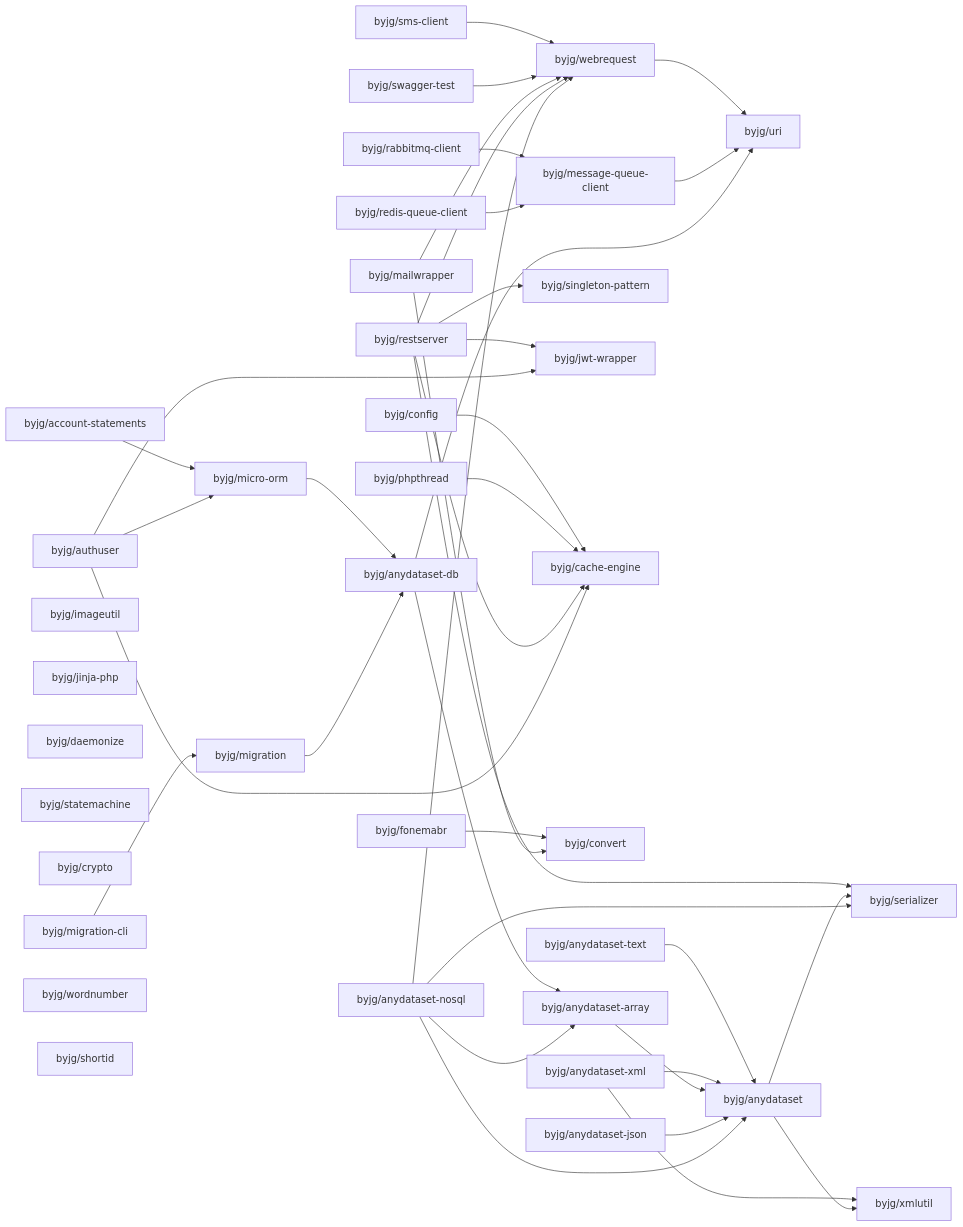
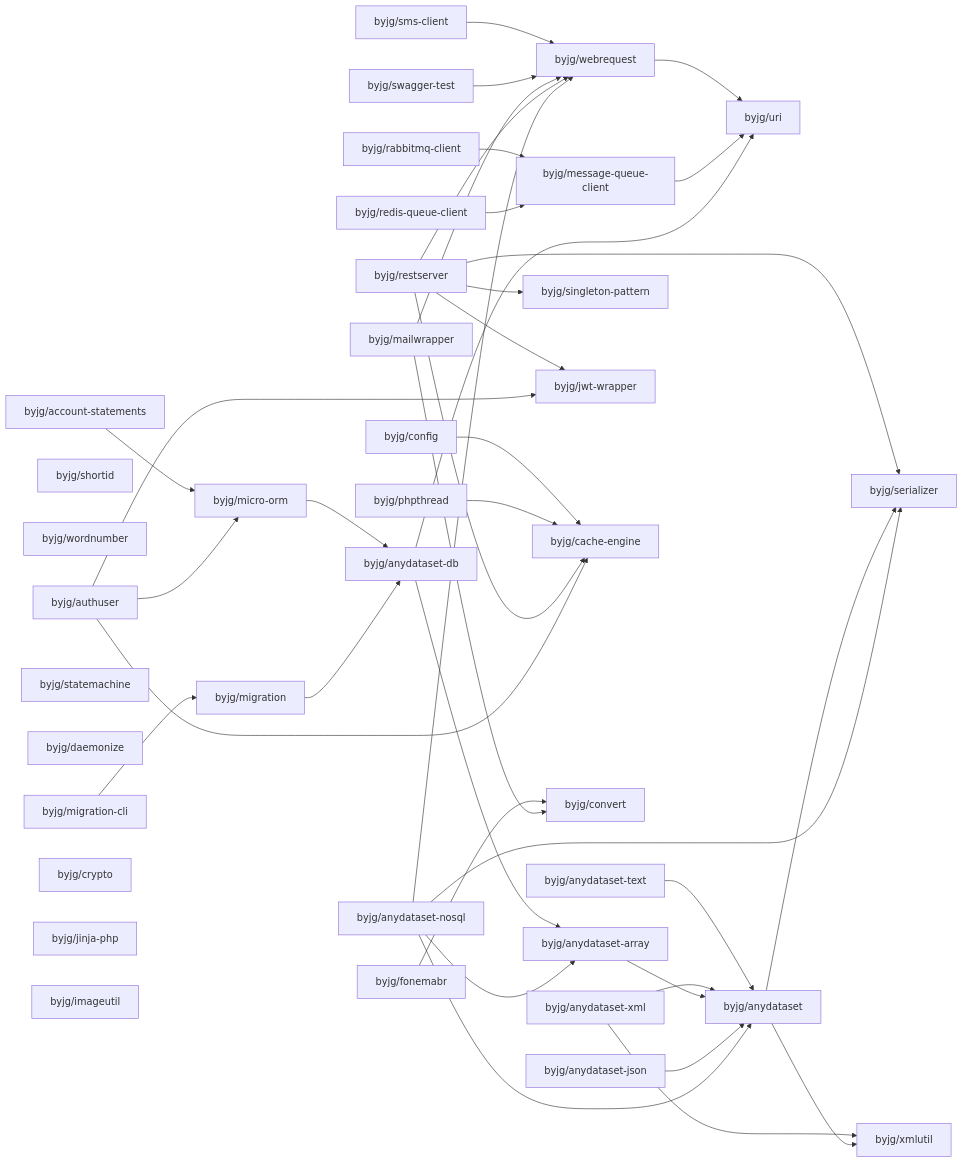
One commit to byjg/byjg.github.io changed the diagram in php/README.md. Above: the diagram before and after it, drawn with Mermaid. The commit also changed other lines of this file and 2 other files, not shown here.

Commit message:
Update documentation 'php' 'php-config'

````diff
--- a/php/README.md
+++ b/php/README.md
@@ -3,76 +3,76 @@
 ```mermaid
 graph LR;
+  byjg/fonemabr;
+  byjg/sms-client;
+  byjg/authuser;
+  byjg/redis-queue-client;
+  byjg/shortid;
   byjg/config;
+  byjg/rabbitmq-client;
+  byjg/restserver;
+  byjg/wordnumber;
+  byjg/account-statements;
+  byjg/statemachine;
+  byjg/anydataset-xml;
+  byjg/anydataset-nosql;
   byjg/anydataset-text;
-  byjg/authuser;
-  byjg/anydataset-xml;
+  byjg/phpthread;
+  byjg/swagger-test;
+  byjg/anydataset-json;
+  byjg/daemonize;
   byjg/migration-cli;
+  byjg/crypto;
+  byjg/jinja-php;
+  byjg/imageutil;
   byjg/mailwrapper;
-  byjg/sms-client;
-  byjg/anydataset-json;
-  byjg/imageutil;
-  byjg/jinja-php;
-  byjg/redis-queue-client;
-  byjg/daemonize;
-  byjg/statemachine;
-  byjg/restserver;
-  byjg/crypto;
-  byjg/account-statements;
-  byjg/phpthread;
-  byjg/wordnumber;
-  byjg/fonemabr;
-  byjg/rabbitmq-client;
-  byjg/shortid;
-  byjg/anydataset-nosql;
-  byjg/swagger-test;
-  byjg/migration;
+  byjg/message-queue-client;
   byjg/singleton-pattern;
   byjg/jwt-wrapper;
   byjg/micro-orm;
   byjg/cache-engine;
+  byjg/migration;
   byjg/convert;
-  byjg/message-queue-client;
   byjg/webrequest;
   byjg/anydataset-db;
   byjg/anydataset-array;
   byjg/uri;
   byjg/anydataset;
   byjg/serializer;
   byjg/xmlutil;
   byjg/sms-client --> byjg/webrequest;
   byjg/fonemabr --> byjg/convert;
   byjg/config --> byjg/cache-engine;
   byjg/anydataset-text --> byjg/anydataset;
   byjg/webrequest --> byjg/uri;
   byjg/account-statements --> byjg/micro-orm;
   byjg/rabbitmq-client --> byjg/message-queue-client;
   byjg/micro-orm --> byjg/anydataset-db;
   byjg/phpthread --> byjg/cache-engine;
   byjg/swagger-test --> byjg/webrequest;
   byjg/anydataset-xml --> byjg/anydataset;
   byjg/anydataset-xml --> byjg/xmlutil;
   byjg/anydataset-array --> byjg/anydataset;
   byjg/mailwrapper --> byjg/convert;
   byjg/mailwrapper --> byjg/webrequest;
   byjg/message-queue-client --> byjg/uri;
   byjg/anydataset-db --> byjg/anydataset-array;
   byjg/anydataset-db --> byjg/uri;
   byjg/anydataset-json --> byjg/anydataset;
   byjg/migration --> byjg/anydataset-db;
   byjg/redis-queue-client --> byjg/message-queue-client;
   byjg/restserver --> byjg/serializer;
   byjg/restserver --> byjg/singleton-pattern;
   byjg/restserver --> byjg/cache-engine;
   byjg/restserver --> byjg/webrequest;
   byjg/restserver --> byjg/jwt-wrapper;
   byjg/authuser --> byjg/micro-orm;
   byjg/authuser --> byjg/cache-engine;
   byjg/authuser --> byjg/jwt-wrapper;
   byjg/migration-cli --> byjg/migration;
   byjg/anydataset --> byjg/serializer;
   byjg/anydataset --> byjg/xmlutil;
   byjg/anydataset-nosql --> byjg/anydataset;
   byjg/anydataset-nosql --> byjg/anydataset-array;
   byjg/anydataset-nosql --> byjg/serializer;
   byjg/anydataset-nosql --> byjg/webrequest;
 ```
````
